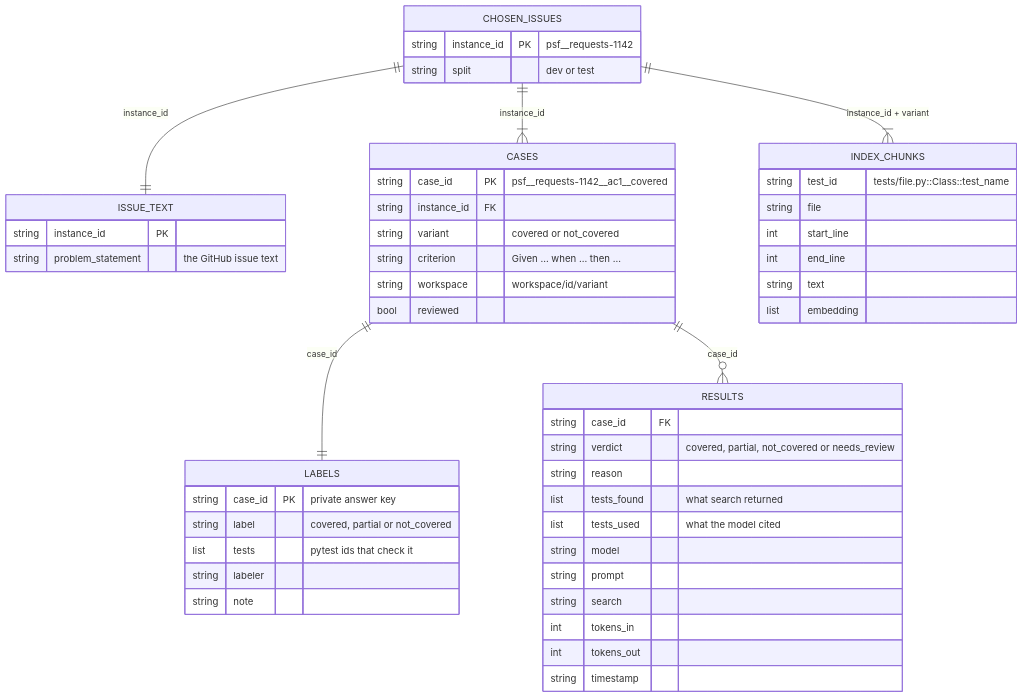
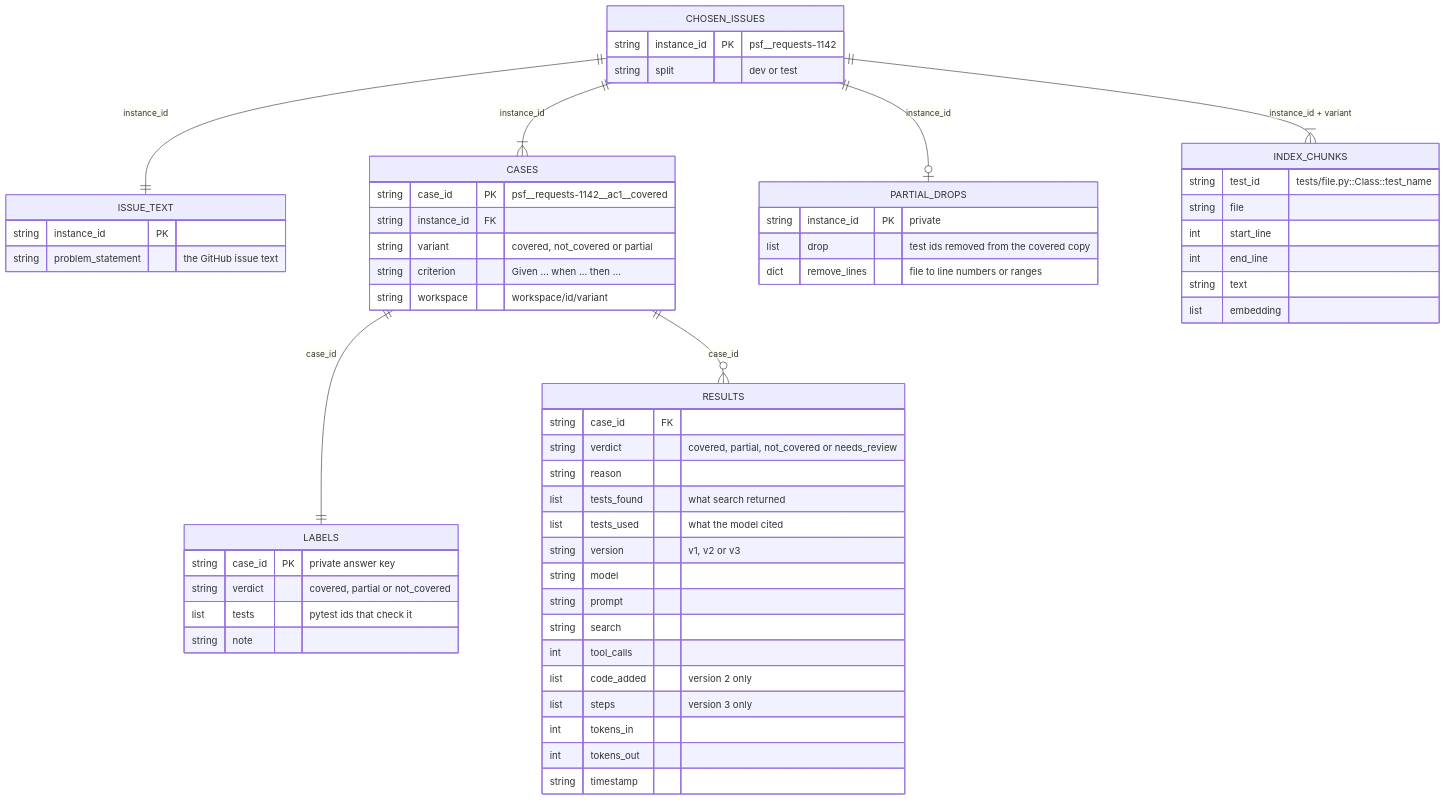
One commit to isis-eka/group6-traceability changed the third of 3 diagrams in docs/architecture.md. Above: the diagram before and after it, drawn with Mermaid. The commit also changed other lines of this file, not shown here.

Commit message:
architecture diagram update

````diff
--- a/docs/architecture.md
+++ b/docs/architecture.md
@@ -54,53 +88,61 @@
 ```mermaid
 erDiagram
     CHOSEN_ISSUES ||--|| ISSUE_TEXT : "instance_id"
     CHOSEN_ISSUES ||--|{ CASES : "instance_id"
+    CHOSEN_ISSUES ||--o| PARTIAL_DROPS : "instance_id"
     CASES ||--|| LABELS : "case_id"
     CASES ||--o{ RESULTS : "case_id"
     CHOSEN_ISSUES ||--|{ INDEX_CHUNKS : "instance_id + variant"
 
     CHOSEN_ISSUES {
         string instance_id PK "psf__requests-1142"
         string split "dev or test"
     }
     ISSUE_TEXT {
         string instance_id PK
         string problem_statement "the GitHub issue text"
     }
     CASES {
         string case_id PK "psf__requests-1142__ac1__covered"
         string instance_id FK
-        string variant "covered or not_covered"
+        string variant "covered, not_covered or partial"
         string criterion "Given ... when ... then ..."
         string workspace "workspace/id/variant"
-        bool reviewed
+    }
+    PARTIAL_DROPS {
+        string instance_id PK "private"
+        list drop "test ids removed from the covered copy"
+        dict remove_lines "file to line numbers or ranges"
     }
     LABELS {
         string case_id PK "private answer key"
-        string label "covered, partial or not_covered"
+        string verdict "covered, partial or not_covered"
         list tests "pytest ids that check it"
-        string labeler
         string note
     }
     RESULTS {
         string case_id FK
         string verdict "covered, partial, not_covered or needs_review"
         string reason
         list tests_found "what search returned"
         list tests_used "what the model cited"
+        string version "v1, v2 or v3"
         string model
         string prompt
         string search
+        int tool_calls
+        list code_added "version 2 only"
+        list steps "version 3 only"
         int tokens_in
         int tokens_out
         string timestamp
     }
     INDEX_CHUNKS {
         string test_id "tests/file.py::Class::test_name"
         string file
         int start_line
         int end_line
         string text
         list embedding
     }
 ```
````
